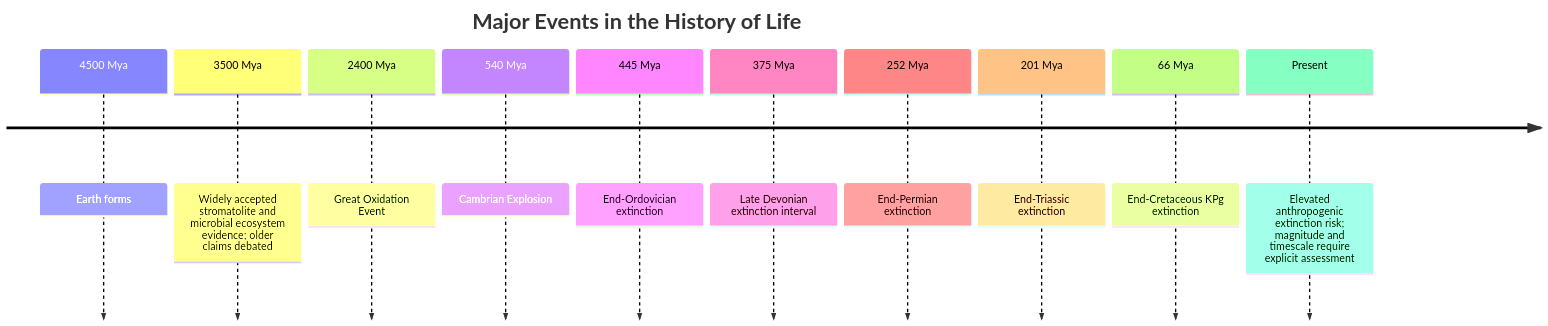
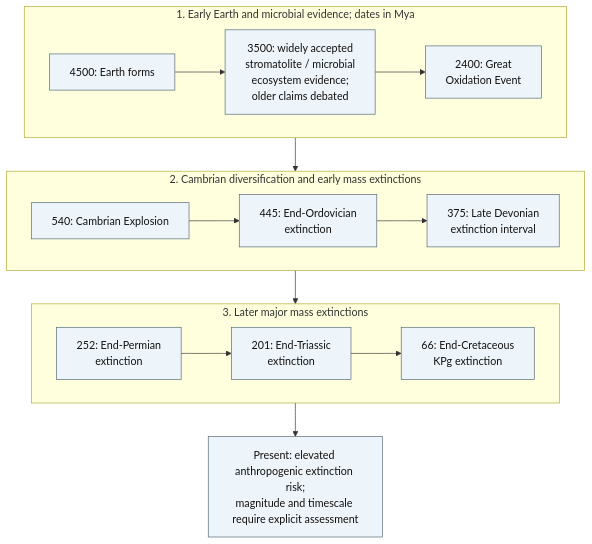
The third of 3 diagrams in docs/manuscript/unit_VI/evolution_and_selection.md (docxology/biology_textbook), drawn with Mermaid before and after one commit. The commit also changed other lines of this file and 41 other files, not shown here.

````diff
--- a/docs/manuscript/unit_VI/evolution_and_selection.md
+++ b/docs/manuscript/unit_VI/evolution_and_selection.md
@@ -658,14 +685,23 @@
 ```mermaid
-timeline
-    title Major Events in the History of Life
-    4500 Mya : Earth forms
-    3500 Mya : Widely accepted stromatolite and microbial ecosystem evidence; older claims debated
-    2400 Mya : Great Oxidation Event
-    540 Mya : Cambrian Explosion
-    445 Mya : End-Ordovician extinction
-    375 Mya : Late Devonian extinction interval
-    252 Mya : End-Permian extinction
-    201 Mya : End-Triassic extinction
-    66 Mya : End-Cretaceous KPg extinction
-    Present : Elevated anthropogenic extinction risk; magnitude and timescale require explicit assessment
+---
+config:
+  layout: dagre
+---
+flowchart TB
+    subgraph early["1. Early Earth and microbial evidence; dates in Mya"]
+        direction LR
+        A["4500: Earth forms"] --> B["3500: widely accepted<br/>stromatolite / microbial<br/>ecosystem evidence;<br/>older claims debated"] --> C["2400: Great<br/>Oxidation Event"]
+    end
+    subgraph paleozoic["2. Cambrian diversification and early mass extinctions"]
+        direction LR
+        D["540: Cambrian Explosion"] --> E["445: End-Ordovician<br/>extinction"] --> F["375: Late Devonian<br/>extinction interval"]
+    end
+    subgraph later["3. Later major mass extinctions"]
+        direction LR
+        G["252: End-Permian<br/>extinction"] --> H["201: End-Triassic<br/>extinction"] --> I["66: End-Cretaceous<br/>KPg extinction"]
+    end
+    J["Present: elevated anthropogenic extinction risk;<br/>magnitude and timescale require explicit assessment"]
+    early --> paleozoic --> later --> J
+    classDef ink fill:#eef5fa,stroke:#526777,color:#111111
+    class A,B,C,D,E,F,G,H,I,J ink
 ```
````
